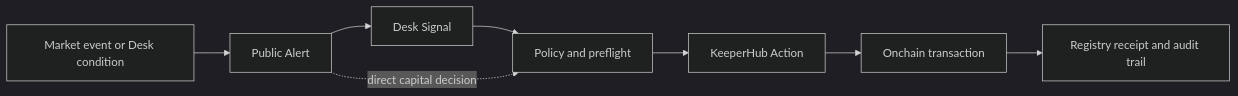
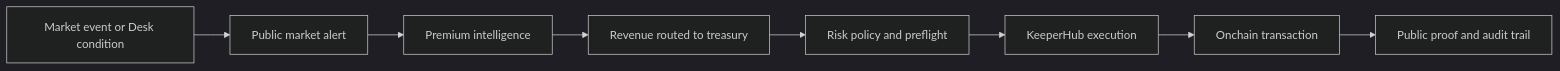
The first of 5 diagrams in README.md (zaikaman/ChronicleAI), drawn with Mermaid (dark theme) before and after one commit. The commit also changed other lines of this file and 19 other files, not shown here.

````diff
--- a/README.md
+++ b/README.md
@@ -18,10 +18,10 @@
 ```mermaid
 flowchart LR
-    E[Market event or Desk condition] --> A[Public Alert]
-    A --> S[Desk Signal]
-    S --> G[Policy and preflight]
-    G --> K[KeeperHub Action]
+    E[Market event or Desk condition] --> A[Public market alert]
+    A --> I[Premium intelligence]
+    I --> R[Revenue routed to treasury]
+    R --> G[Risk policy and preflight]
+    G --> K[KeeperHub execution]
     K --> T[Onchain transaction]
-    T --> P[Registry receipt and audit trail]
-    A -.->|direct capital decision| G
+    T --> P[Public proof and audit trail]
 ```
````
